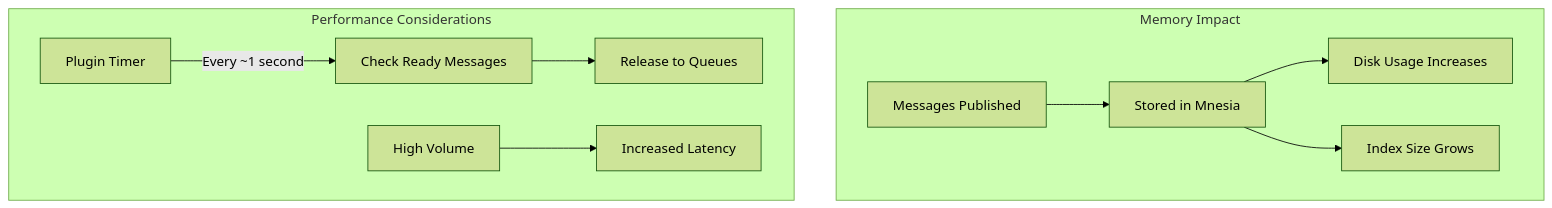
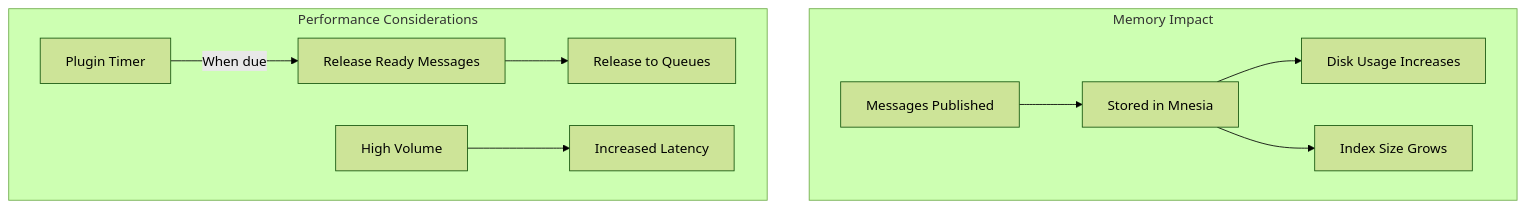
One commit to OneUptime/blog changed the fourth of 5 diagrams in posts/2026-01-27-rabbitmq-delayed-exchange/README.md. Above: the diagram before and after it, drawn with Mermaid (forest theme). The commit also changed other lines of this file and 2 other files, not shown here.

````diff
--- a/posts/2026-01-27-rabbitmq-delayed-exchange/README.md
+++ b/posts/2026-01-27-rabbitmq-delayed-exchange/README.md
@@ -875,14 +877,14 @@
 ```mermaid
 flowchart TD
     subgraph "Memory Impact"
         M[Messages Published] --> S[Stored in Mnesia]
         S --> D[Disk Usage Increases]
         S --> I[Index Size Grows]
     end
 
     subgraph "Performance Considerations"
-        P[Plugin Timer] -->|"Every ~1 second"| C[Check Ready Messages]
+        P[Plugin Timer] -->|"When due"| C[Release Ready Messages]
         C --> R[Release to Queues]
         H[High Volume] --> L[Increased Latency]
     end
 ```
````
